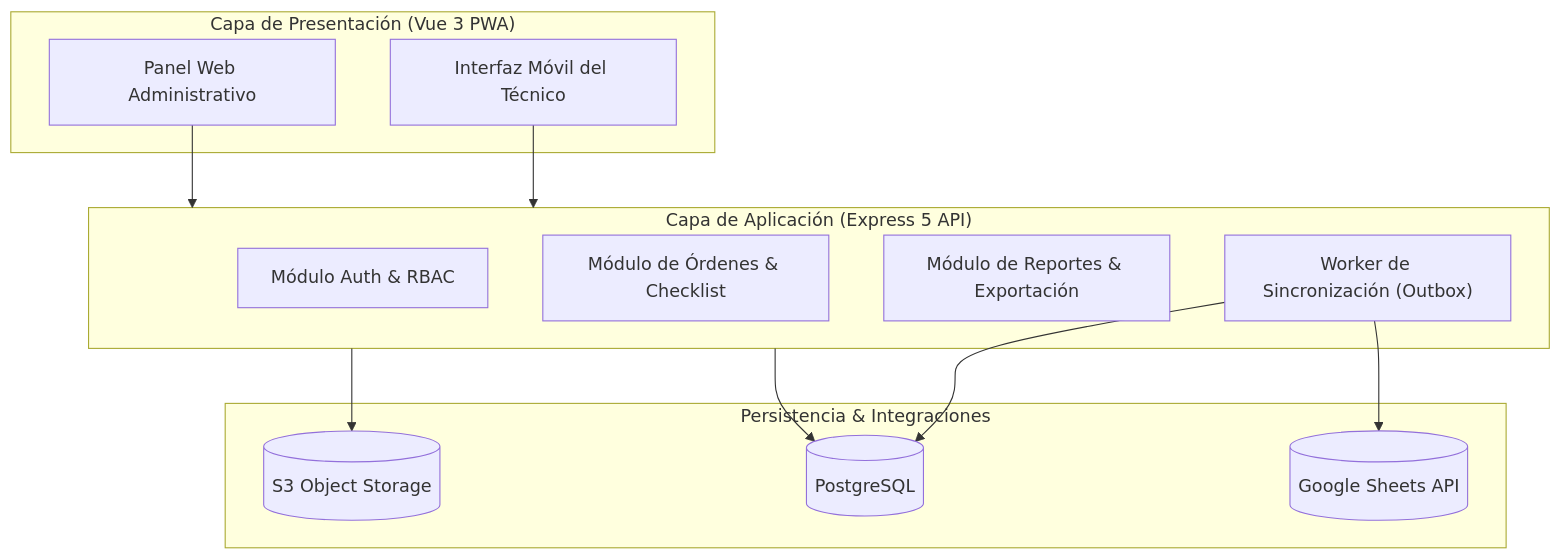
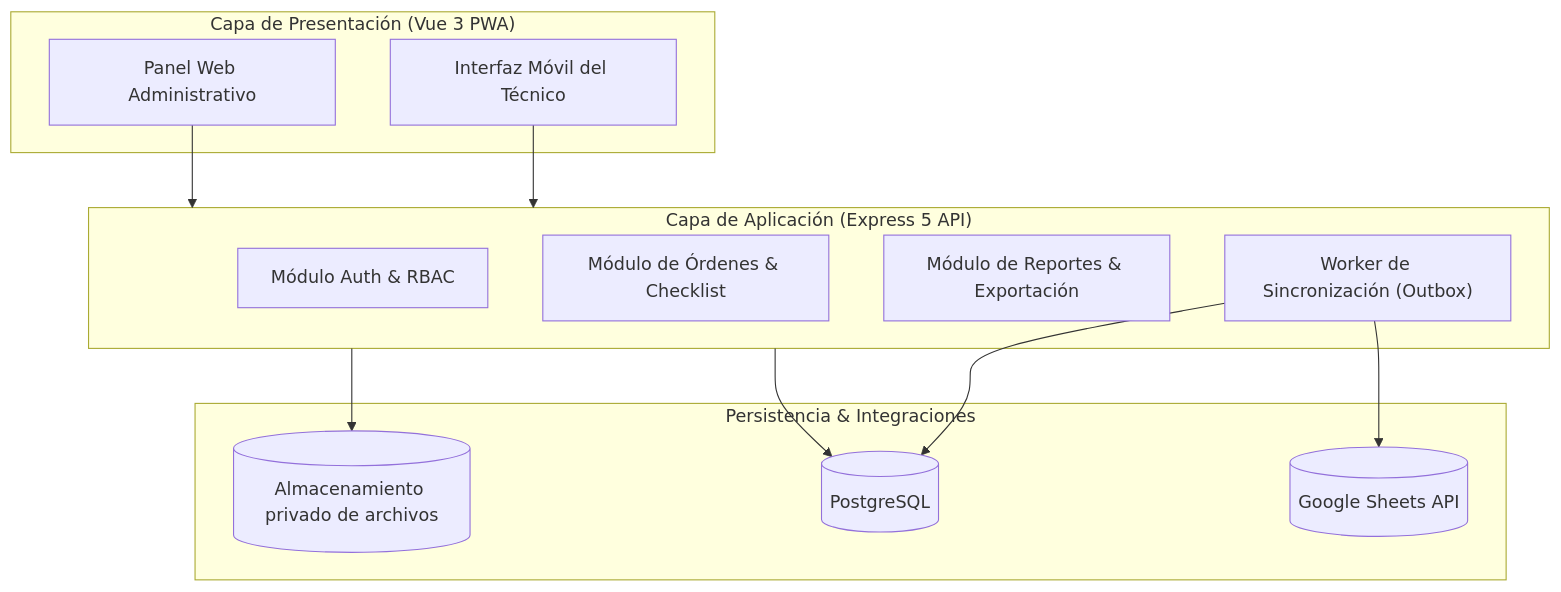
One commit to luistorres-idt/puk changed the first of 2 diagrams in docs/ERS.md. Above: the diagram before and after it, drawn with Mermaid. The commit also changed other lines of this file and 14 other files, not shown here.

````diff
--- a/docs/ERS.md
+++ b/docs/ERS.md
@@ -66,27 +66,27 @@
 ```mermaid
 flowchart TD
     subgraph Frontend["Capa de Presentación (Vue 3 PWA)"]
         UI_Admin["Panel Web Administrativo"]
         UI_Tech["Interfaz Móvil del Técnico"]
     end
 
     subgraph Backend["Capa de Aplicación (Express 5 API)"]
         Auth["Módulo Auth & RBAC"]
         Orders["Módulo de Órdenes & Checklist"]
         Reports["Módulo de Reportes & Exportación"]
         SyncWorker["Worker de Sincronización (Outbox)"]
     end
 
     subgraph Storage["Persistencia & Integraciones"]
         DB[("PostgreSQL")]
-        S3[("S3 Object Storage")]
+        Files[("Almacenamiento privado de archivos")]
         Sheets[("Google Sheets API")]
     end
 
     UI_Admin --> Backend
     UI_Tech --> Backend
     Backend --> DB
-    Backend --> S3
+    Backend --> Files
     SyncWorker --> Sheets
     SyncWorker --> DB
 ```
````
